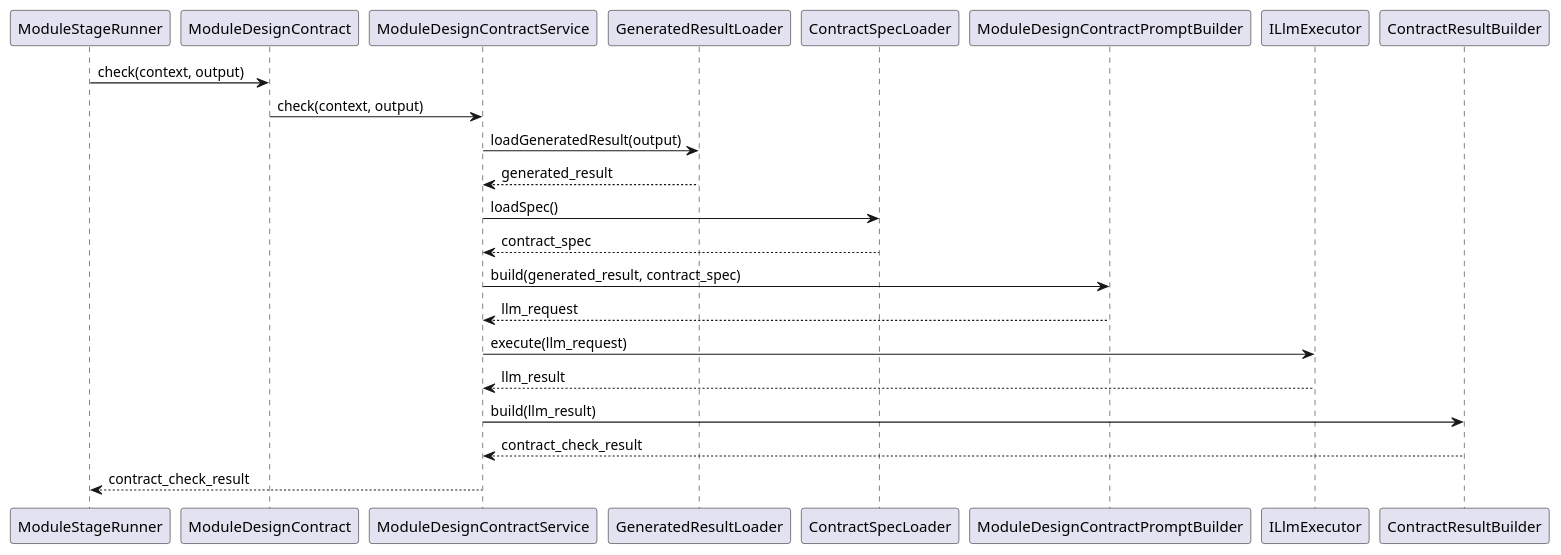
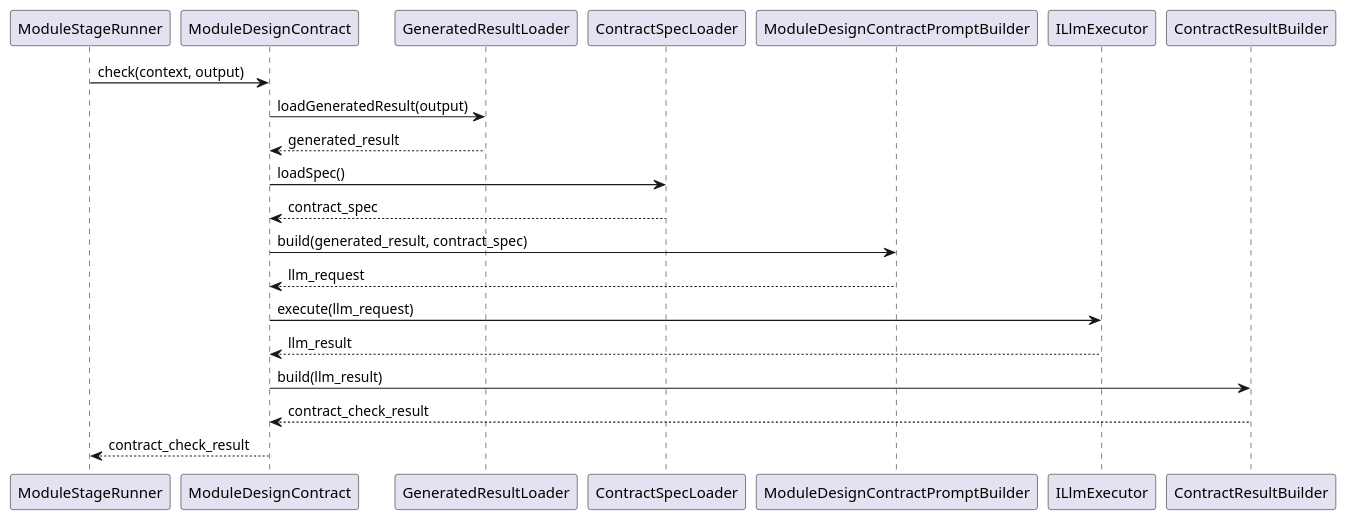
The second of 2 diagrams in meta_layer/docs/design_docs/Contract/ModuleDesignContract.md (lucky-chen/ai_workflow_travel), drawn with PlantUML before and after one commit. The commit also changed other lines of this file and 12 other files, not shown here.

First line of the commit message:
[AI] gpt-5.4: align stage pipeline document io flow

````diff
--- a/meta_layer/docs/design_docs/Contract/ModuleDesignContract.md
+++ b/meta_layer/docs/design_docs/Contract/ModuleDesignContract.md
@@ -94,26 +84,24 @@
 ```plantuml
 @startuml
 participant ModuleStageRunner
 participant ModuleDesignContract
-participant ModuleDesignContractService
 participant GeneratedResultLoader
 participant ContractSpecLoader
 participant ModuleDesignContractPromptBuilder
 participant ILlmExecutor
 participant ContractResultBuilder
 
 ModuleStageRunner -> ModuleDesignContract: check(context, output)
-ModuleDesignContract -> ModuleDesignContractService: check(context, output)
-ModuleDesignContractService -> GeneratedResultLoader: loadGeneratedResult(output)
-GeneratedResultLoader --> ModuleDesignContractService: generated_result
-ModuleDesignContractService -> ContractSpecLoader: loadSpec()
-ContractSpecLoader --> ModuleDesignContractService: contract_spec
-ModuleDesignContractService -> ModuleDesignContractPromptBuilder: build(generated_result, contract_spec)
-ModuleDesignContractPromptBuilder --> ModuleDesignContractService: llm_request
-ModuleDesignContractService -> ILlmExecutor: execute(llm_request)
-ILlmExecutor --> ModuleDesignContractService: llm_result
-ModuleDesignContractService -> ContractResultBuilder: build(llm_result)
-ContractResultBuilder --> ModuleDesignContractService: contract_check_result
-ModuleDesignContractService --> ModuleStageRunner: contract_check_result
+ModuleDesignContract -> GeneratedResultLoader: loadGeneratedResult(output)
+GeneratedResultLoader --> ModuleDesignContract: generated_result
+ModuleDesignContract -> ContractSpecLoader: loadSpec()
+ContractSpecLoader --> ModuleDesignContract: contract_spec
+ModuleDesignContract -> ModuleDesignContractPromptBuilder: build(generated_result, contract_spec)
+ModuleDesignContractPromptBuilder --> ModuleDesignContract: llm_request
+ModuleDesignContract -> ILlmExecutor: execute(llm_request)
+ILlmExecutor --> ModuleDesignContract: llm_result
+ModuleDesignContract -> ContractResultBuilder: build(llm_result)
+ContractResultBuilder --> ModuleDesignContract: contract_check_result
+ModuleDesignContract --> ModuleStageRunner: contract_check_result
 @enduml
 ```
````
